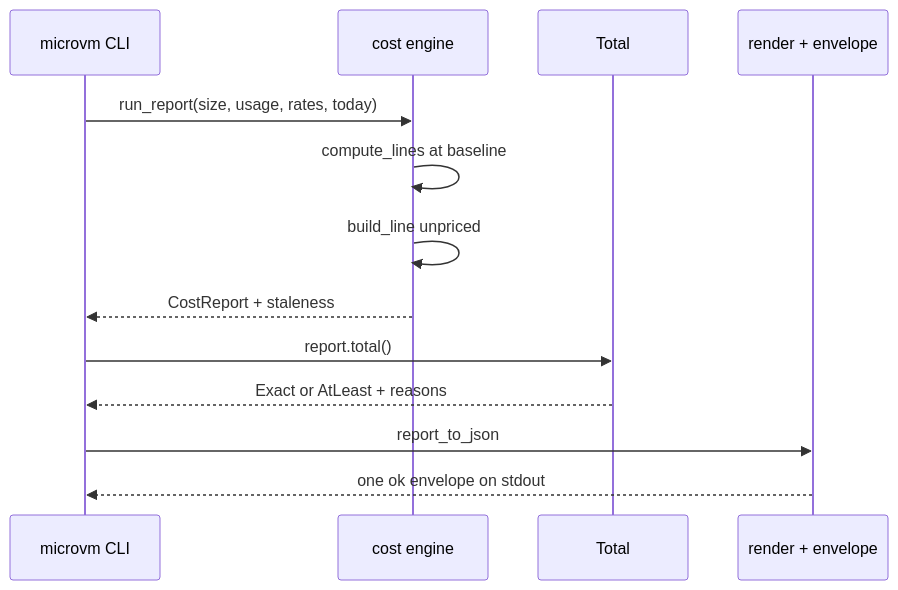
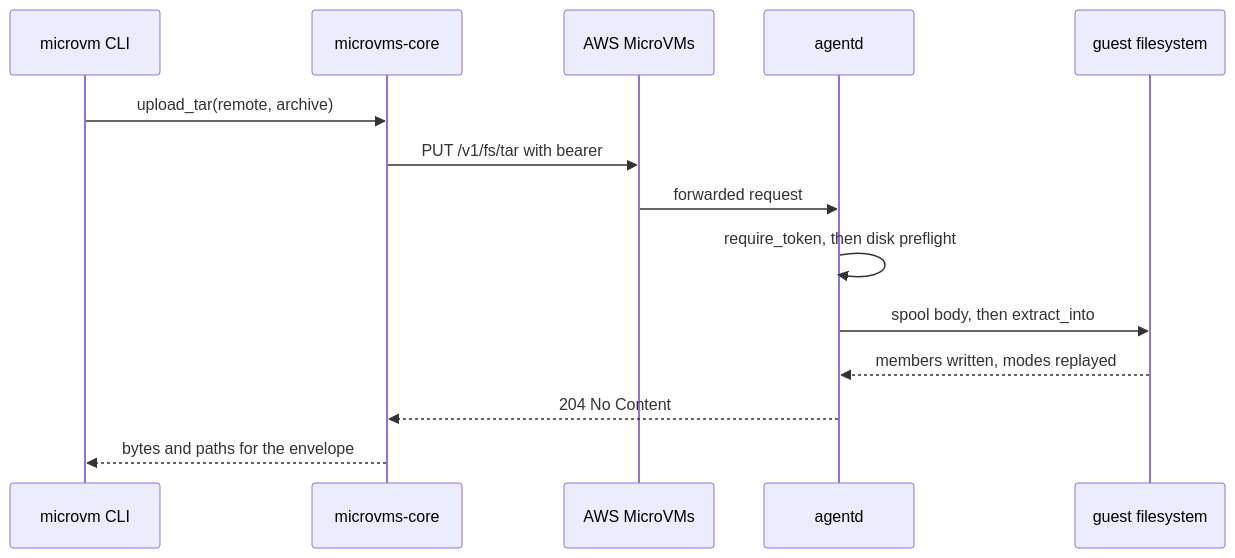
Before and after one commit to theagenticguy/microvms-agentd: the third of 3 diagrams in docs/architecture/data-flow.md, drawn with Mermaid. The commit also changed other lines of this file and 19 other files, not shown here.

````diff
--- a/docs/architecture/data-flow.md
+++ b/docs/architecture/data-flow.md
@@ -130,15 +165,16 @@
 ```mermaid
 sequenceDiagram
     participant CLI as microvm CLI
-    participant Cost as cost engine
-    participant Total as Total
-    participant Render as render + envelope
-    CLI->>Cost: run_report(size, usage, rates, today)
-    Cost->>Cost: compute_lines at baseline
-    Cost->>Cost: build_line unpriced
-    Cost-->>CLI: CostReport + staleness
-    CLI->>Total: report.total()
-    Total-->>CLI: Exact or AtLeast + reasons
-    CLI->>Render: report_to_json
-    Render-->>CLI: one ok envelope on stdout
+    participant Core as microvms-core
+    participant AWS as AWS MicroVMs
+    participant Daemon as agentd
+    participant Disk as guest filesystem
+    CLI->>Core: upload_tar(remote, archive)
+    Core->>AWS: PUT /v1/fs/tar with bearer
+    AWS->>Daemon: forwarded request
+    Daemon->>Daemon: require_token, then disk preflight
+    Daemon->>Disk: spool body, then extract_into
+    Disk-->>Daemon: members written, modes replayed
+    Daemon-->>Core: 204 No Content
+    Core-->>CLI: bytes and paths for the envelope
 ```
````
